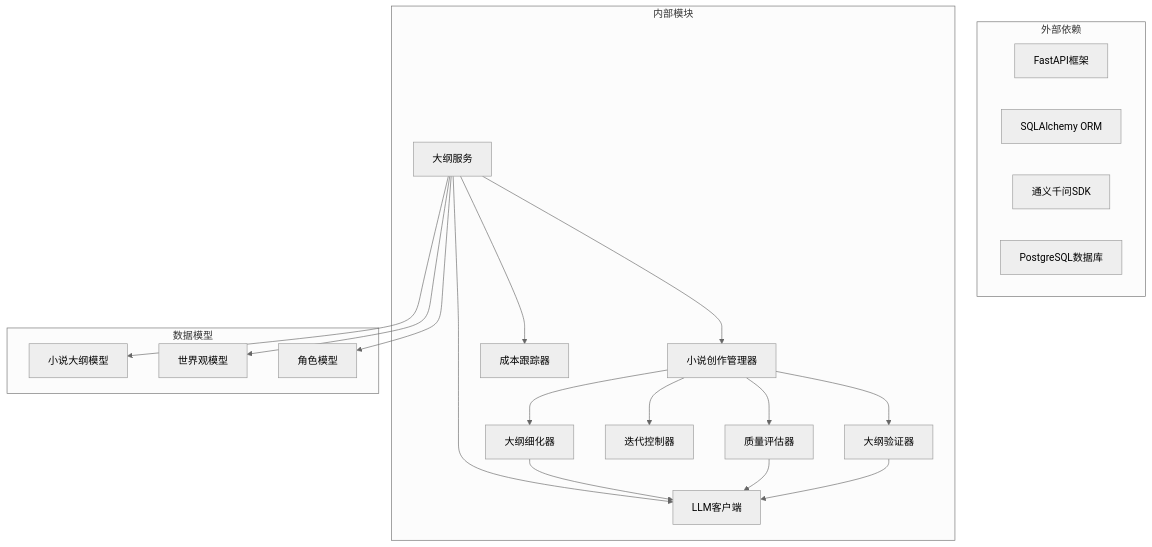
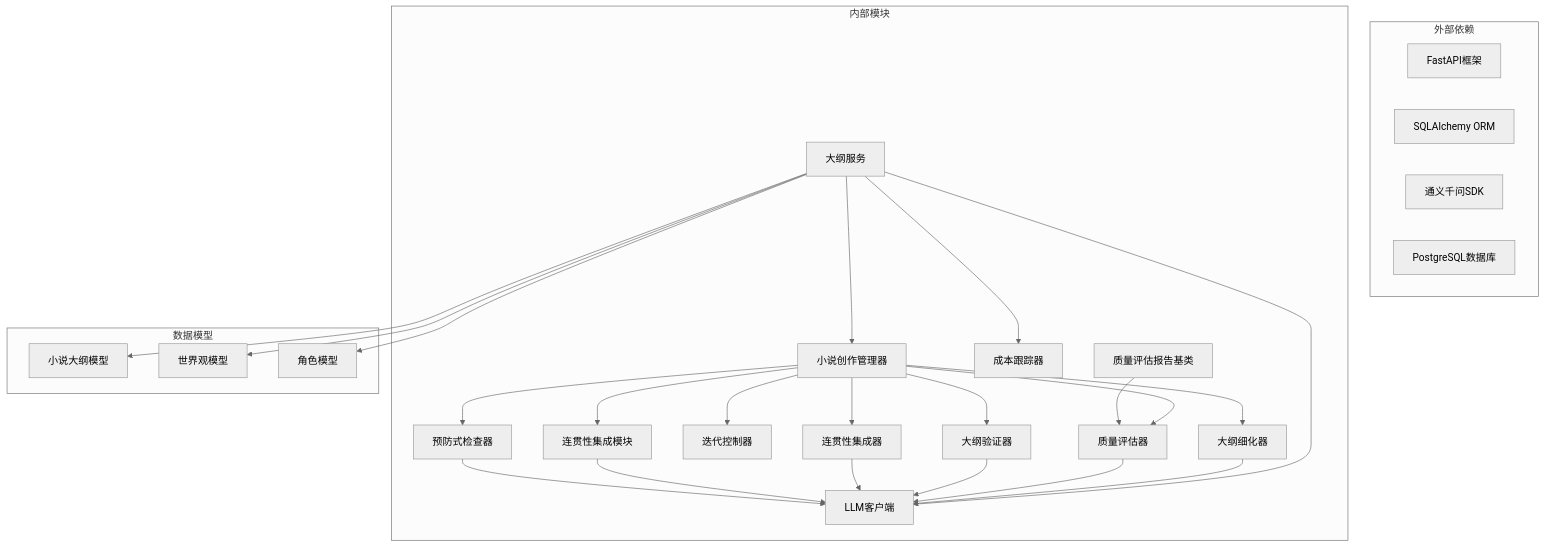
One commit to xfbyxq/ai-novel-system changed the ninth of 9 diagrams in .qoder/repowiki/zh/content/AI智能体系统/智能大纲完善系统.md. Above: the diagram before and after it, drawn with Mermaid (neutral theme). The commit also changed other lines of this file and 8 other files, not shown here.

````diff
--- a/.qoder/repowiki/zh/content/AI智能体系统/智能大纲完善系统.md
+++ b/.qoder/repowiki/zh/content/AI智能体系统/智能大纲完善系统.md
@@ -445,37 +577,48 @@
 ```mermaid
 graph TB
 subgraph "外部依赖"
 FastAPI[FastAPI框架]
 SQLAlchemy[SQLAlchemy ORM]
 DashScope[通义千问SDK]
 PostgreSQL[PostgreSQL数据库]
 end
 subgraph "内部模块"
 CrewManager[小说创作管理器]
 OutlineRefiner[大纲细化器]
 QualityEvaluator[质量评估器]
 IterationController[迭代控制器]
 Validator[大纲验证器]
+ContinuityIntegration[连贯性集成器]
+ContinuityModule[连贯性集成模块]
+PreventionChecker[预防式检查器]
 OutlineService[大纲服务]
 QwenClient[LLM客户端]
 CostTracker[成本跟踪器]
+QualityReport[质量评估报告基类]
 end
 subgraph "数据模型"
 PlotOutline[小说大纲模型]
 WorldSetting[世界观模型]
 Character[角色模型]
 end
 CrewManager --> OutlineRefiner
 CrewManager --> QualityEvaluator
 CrewManager --> IterationController
 CrewManager --> Validator
+CrewManager --> ContinuityIntegration
+CrewManager --> ContinuityModule
+CrewManager --> PreventionChecker
 OutlineService --> CrewManager
 OutlineService --> QwenClient
 OutlineService --> CostTracker
 OutlineRefiner --> QwenClient
 QualityEvaluator --> QwenClient
 Validator --> QwenClient
+ContinuityIntegration --> QwenClient
+ContinuityModule --> QwenClient
+PreventionChecker --> QwenClient
+QualityReport --> QualityEvaluator
 OutlineService --> PlotOutline
 OutlineService --> WorldSetting
 OutlineService --> Character
 ```
````
